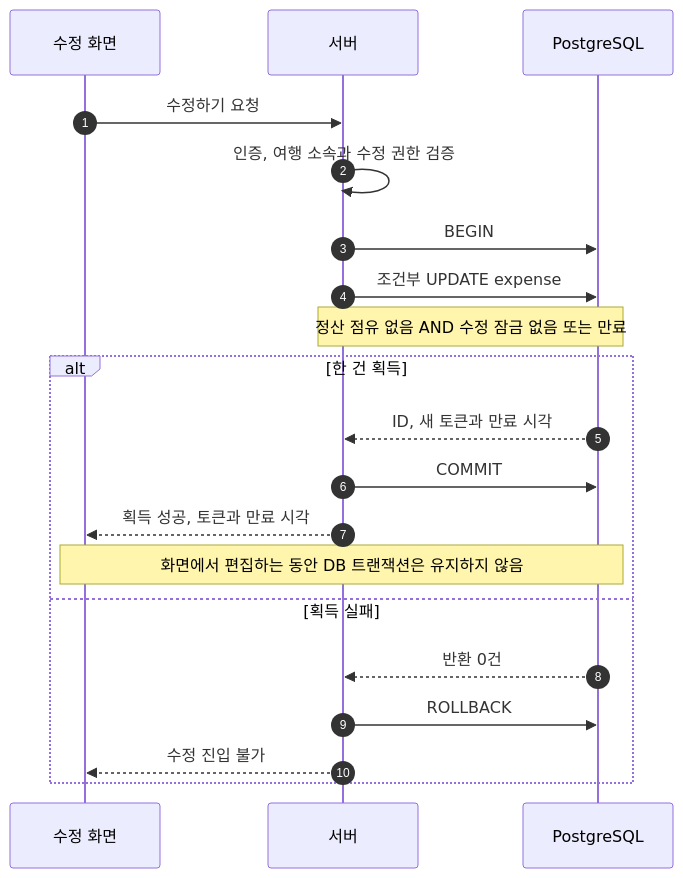
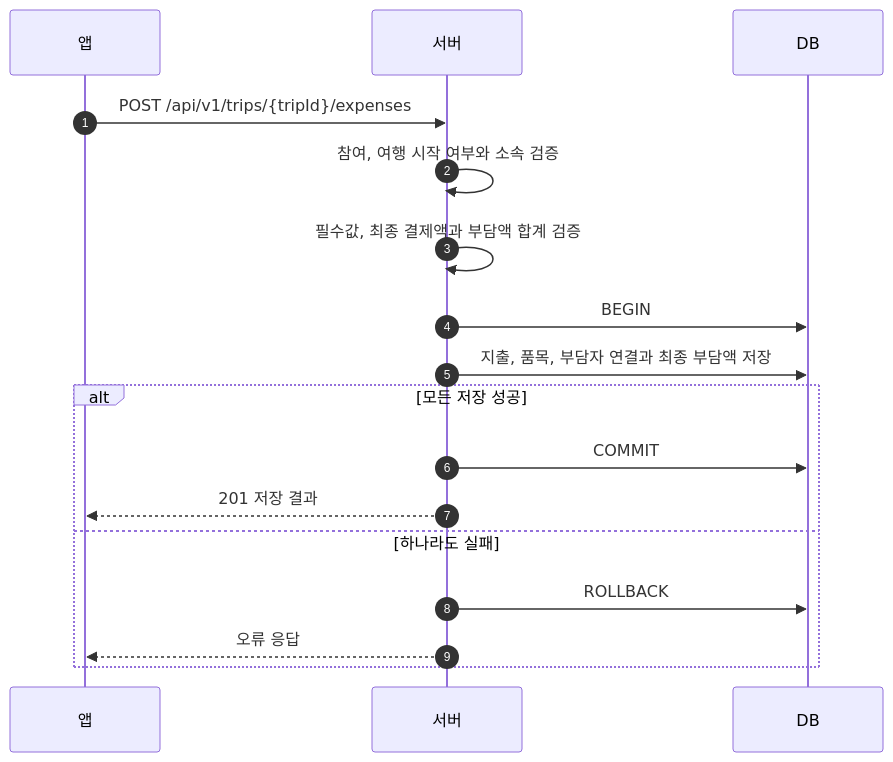
Before and after one commit to JECT-Study/Billit-5th-Docs: the first of 4 diagrams in design/expense.md, drawn with Mermaid. The commit also changed other lines of this file and 3 other files, not shown here.

````diff
--- a/design/expense.md
+++ b/design/expense.md
@@ -264,22 +68,20 @@
 ```mermaid
 sequenceDiagram
     autonumber
-    participant App as 수정 화면
+    participant App as 앱
     participant Server as 서버
-    participant DB as PostgreSQL
-    App->>Server: 수정하기 요청
-    Server->>Server: 인증, 여행 소속과 수정 권한 검증
+    participant DB as DB
+
+    App->>Server: POST /api/v1/trips/{tripId}/expenses
+    Server->>Server: 참여, 여행 시작 여부와 소속 검증
+    Server->>Server: 필수값, 최종 결제액과 부담액 합계 검증
     Server->>DB: BEGIN
-    Server->>DB: 조건부 UPDATE expense
-    Note over Server,DB: 정산 점유 없음 AND 수정 잠금 없음 또는 만료
-    alt 한 건 획득
-        DB-->>Server: ID, 새 토큰과 만료 시각
+    Server->>DB: 지출, 품목, 부담자 연결과 최종 부담액 저장
+    alt 모든 저장 성공
         Server->>DB: COMMIT
-        Server-->>App: 획득 성공, 토큰과 만료 시각
-        Note over App,DB: 화면에서 편집하는 동안 DB 트랜잭션은 유지하지 않음
-    else 획득 실패
-        DB-->>Server: 반환 0건
+        Server-->>App: 201 저장 결과
+    else 하나라도 실패
         Server->>DB: ROLLBACK
-        Server-->>App: 수정 진입 불가
+        Server-->>App: 오류 응답
     end
 ```
````
